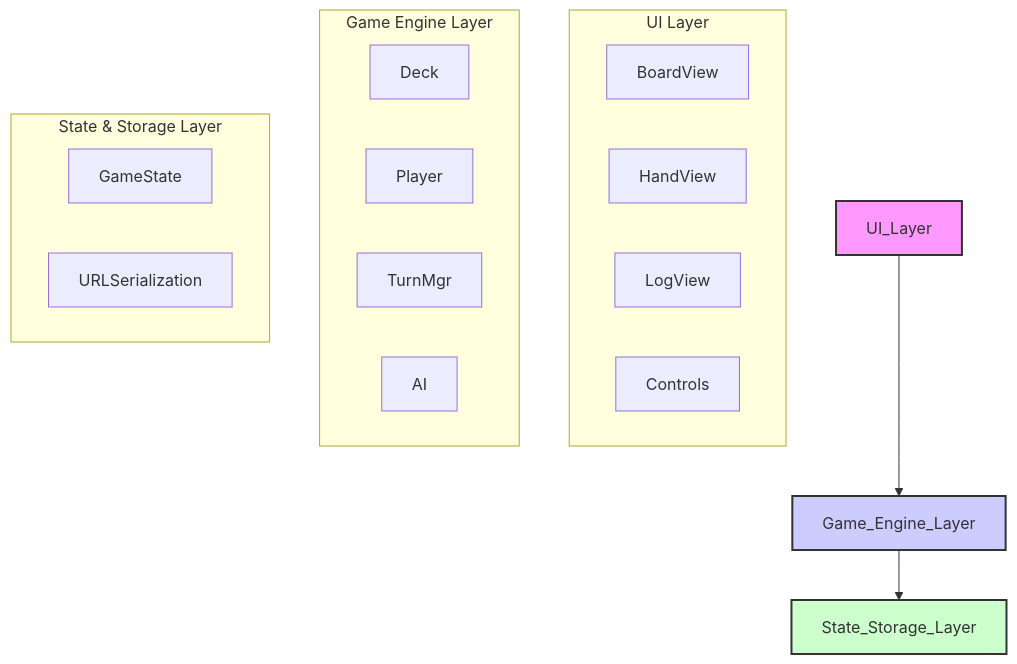
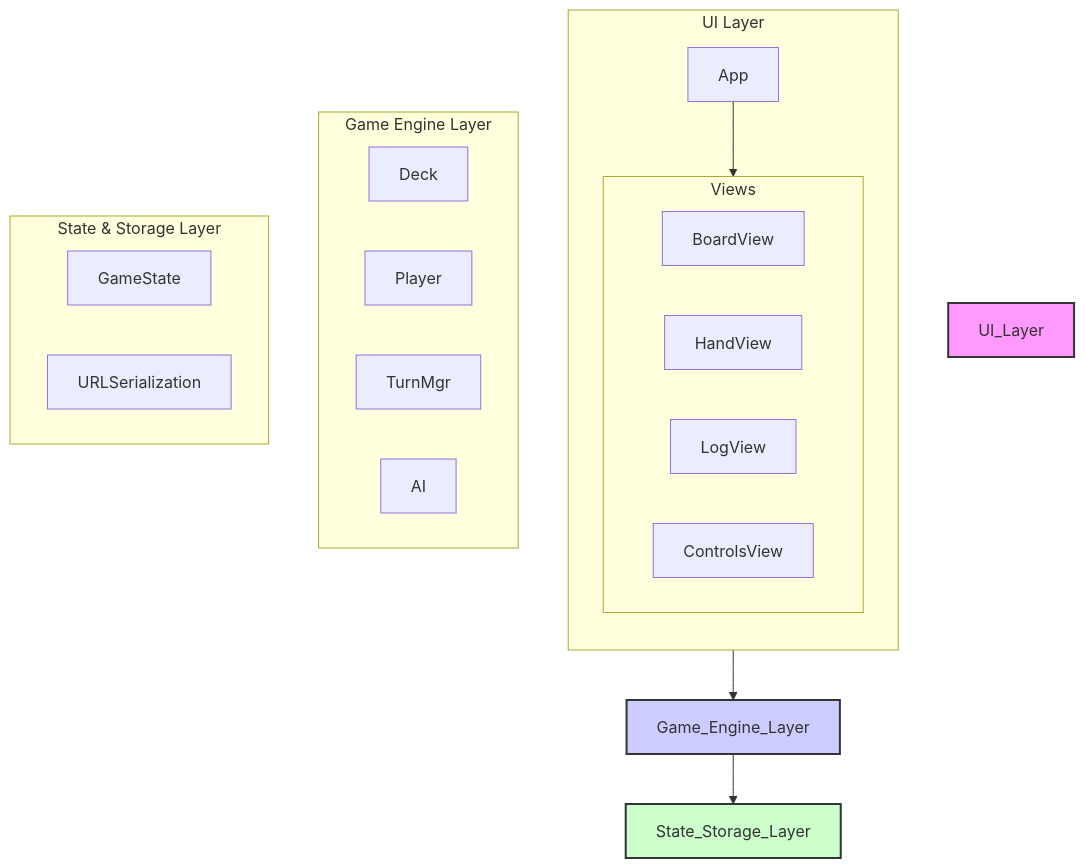
The diagram in memory-bank/systemPatterns.md (slior/race-game), drawn with Mermaid before and after one commit. The commit also changed other lines of this file and 14 other files, not shown here.

````diff
--- a/memory-bank/systemPatterns.md
+++ b/memory-bank/systemPatterns.md
@@ -5,30 +5,38 @@
 ```mermaid
 flowchart TD
     subgraph UI Layer
-        direction LR
-        BoardView
-        HandView
-        LogView
-        Controls
+        direction TD
+        App
+
+        subgraph "Views"
+            direction LR
+            BoardView
+            HandView
+            LogView
+            ControlsView
+        end
+
+        App --> Views
     end
 
     subgraph Game Engine Layer
         direction LR
         Deck
         Player
         TurnMgr
         AI
     end
 
     subgraph State & Storage Layer
         direction LR
         GameState
         URLSerialization
     end
 
-    UI_Layer --> Game_Engine_Layer --> State_Storage_Layer
+    App --> Game_Engine_Layer
+    Game_Engine_Layer --> State_Storage_Layer
 
     style UI_Layer fill:#f9f,stroke:#333,stroke-width:2px
     style Game_Engine_Layer fill:#ccf,stroke:#333,stroke-width:2px
     style State_Storage_Layer fill:#cfc,stroke:#333,stroke-width:2px
 ```
````
